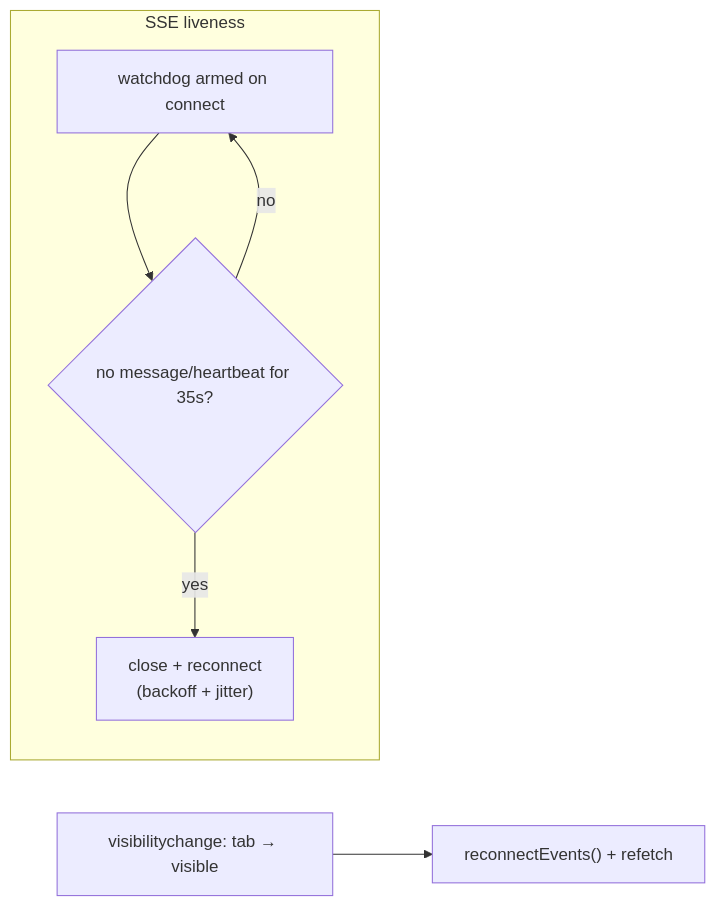
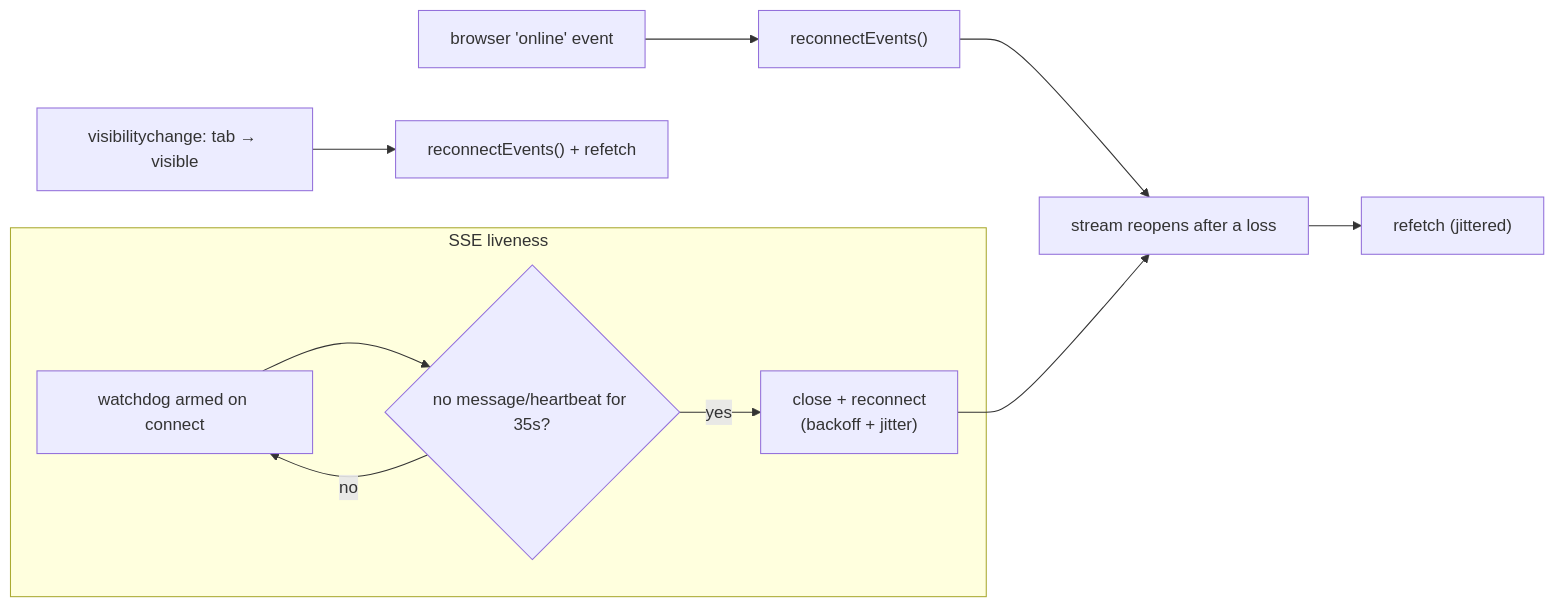
One commit to gitrgoliveira/bracket-creator changed the fifth of 6 diagrams in docs/architecture/network-architecture.md. Above: the diagram before and after it, drawn with Mermaid. The commit also changed other lines of this file and 17 other files, not shown here.

````diff
--- a/docs/architecture/network-architecture.md
+++ b/docs/architecture/network-architecture.md
@@ -128,9 +131,13 @@
 ```mermaid
 flowchart LR
     subgraph watchdog["SSE liveness"]
         arm["watchdog armed on connect"] --> silent{"no message/heartbeat for 35s?"}
         silent -->|yes| reconnect["close + reconnect<br/>(backoff + jitter)"]
         silent -->|no| arm
     end
     vis["visibilitychange: tab → visible"] --> rc["reconnectEvents() + refetch"]
+    back["browser 'online' event"] --> rco["reconnectEvents()"]
+    rco --> reopen["stream reopens after a loss"]
+    reconnect --> reopen
+    reopen --> rf["refetch (jittered)"]
 ```
````
